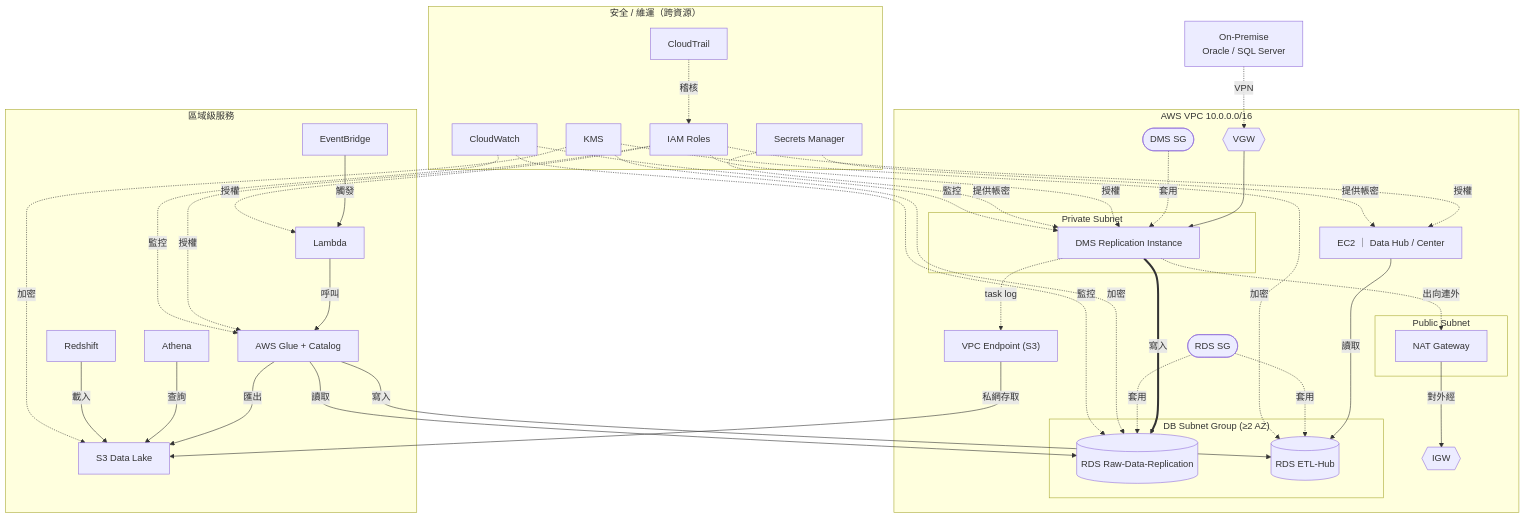
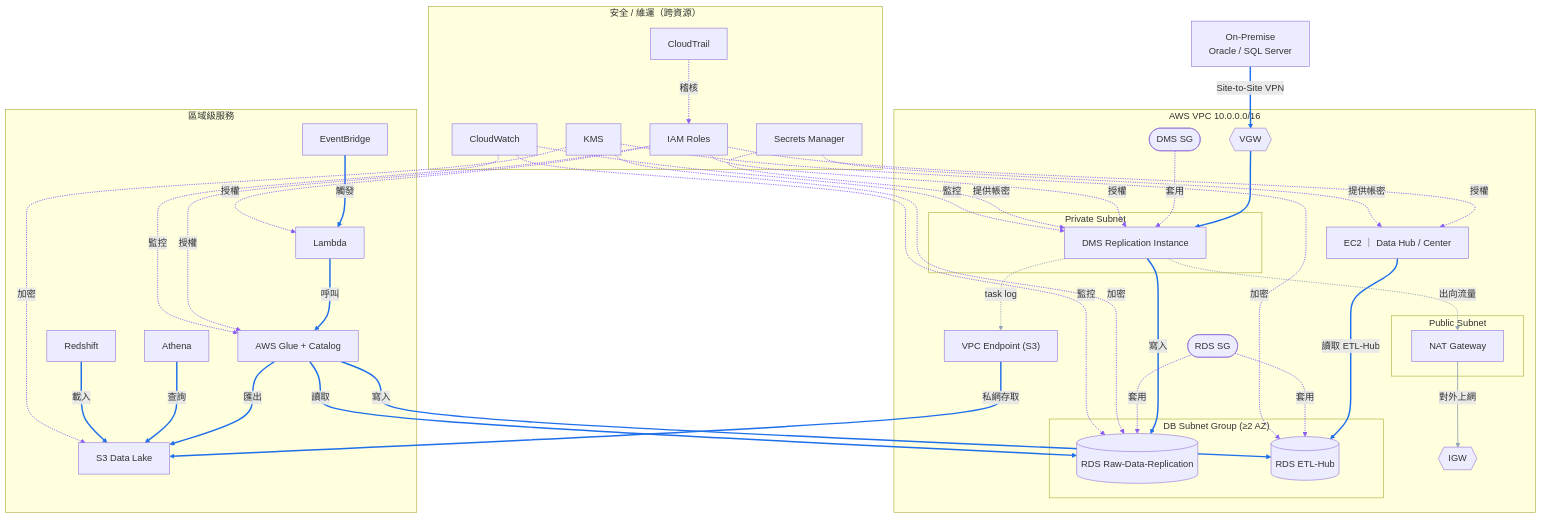
Before and after one commit to Jiaye-DF/data-center-etl: the fourth of 5 diagrams in docs/Arch/aws-to-local-infra-arch.md, drawn with Mermaid. The commit also changed other lines of this file and 1 other file, not shown here.

Commit message:
(AI) Docs: 設施關聯圖線條分類上色(藍資料流/灰基礎連線/紫安全治理)並修正標籤用語

````diff
--- a/docs/Arch/aws-to-local-infra-arch.md
+++ b/docs/Arch/aws-to-local-infra-arch.md
@@ -223,73 +223,77 @@
 ```mermaid
 flowchart TB
   ONP["On-Premise<br/>Oracle / SQL Server"]
 
   subgraph VPC["AWS VPC 10.0.0.0/16"]
     IGW{{"IGW"}}
     VGW{{"VGW"}}
     SGD(["DMS SG"])
     SGR(["RDS SG"])
     subgraph PUB["Public Subnet"]
       NAT["NAT Gateway"]
     end
     subgraph PRIV["Private Subnet"]
       DMS["DMS Replication Instance"]
     end
     subgraph DBSUB["DB Subnet Group (≥2 AZ)"]
       RAW[("RDS Raw-Data-Replication")]
       HUB[("RDS ETL-Hub")]
     end
     EC2["EC2 ｜ Data Hub / Center"]
     VPCE["VPC Endpoint (S3)"]
   end
 
   subgraph REGION["區域級服務"]
     EVB["EventBridge"]
     LMB["Lambda"]
     GLUE["AWS Glue + Catalog"]
     S3["S3 Data Lake"]
     ATH["Athena"]
     RS["Redshift"]
   end
 
   subgraph CROSS["安全 / 維運（跨資源）"]
     IAM["IAM Roles"]
     SM["Secrets Manager"]
     KMS["KMS"]
     CW["CloudWatch"]
     CT["CloudTrail"]
   end
 
-  ONP -.->|VPN| VGW
+  ONP ==>|Site-to-Site VPN| VGW
   VGW --> DMS
-  NAT -->|對外經| IGW
-  DMS -.->|出向連外| NAT
   DMS ==>|寫入| RAW
   GLUE -->|讀取| RAW
   GLUE -->|寫入| HUB
   EVB -->|觸發| LMB
   LMB -->|呼叫| GLUE
   GLUE -->|匯出| S3
   ATH -->|查詢| S3
   RS -->|載入| S3
-  EC2 -->|讀取| HUB
+  EC2 -->|讀取 ETL-Hub| HUB
+  VPCE -->|私網存取| S3
+  NAT -->|對外上網| IGW
+  DMS -.->|出向流量| NAT
   DMS -.->|task log| VPCE
-  VPCE -->|私網存取| S3
-
   SGD -.->|套用| DMS
   SGR -.->|套用| RAW
   SGR -.->|套用| HUB
   IAM -.->|授權| DMS
   IAM -.->|授權| GLUE
   IAM -.->|授權| LMB
   IAM -.->|授權| EC2
   SM -.->|提供帳密| DMS
   SM -.->|提供帳密| EC2
   KMS -.->|加密| RAW
   KMS -.->|加密| HUB
   KMS -.->|加密| S3
   CW -.->|監控| DMS
   CW -.->|監控| RAW
   CW -.->|監控| GLUE
   CT -.->|稽核| IAM
+
+  %% 線條分類上色:藍=資料流 / 灰=基礎連線 / 紫=安全治理
+  linkStyle 0,1,2,3,4,5,6,7,8,9,10,11 stroke:#1f6feb,stroke-width:2.5px
+  linkStyle 12,13,14 stroke:#94a3b8,stroke-width:1.5px
+  linkStyle 15,16,17,18,19,20,21,22,23,24,25,26,27,28,29,30 stroke:#8b5cf6,stroke-width:1.5px
 ```
````
